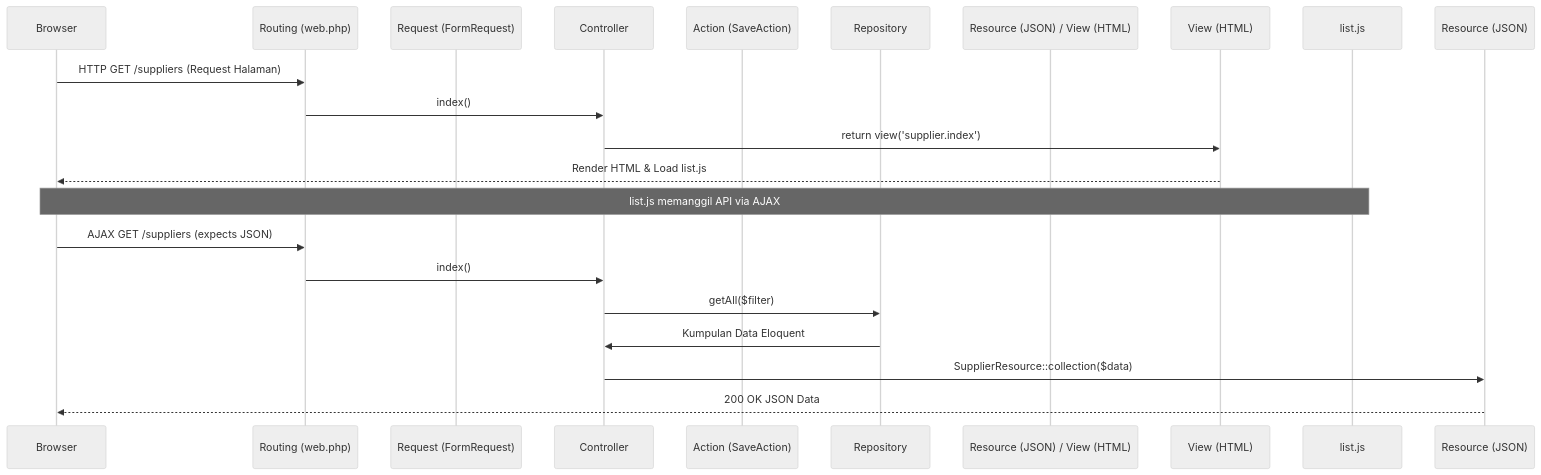
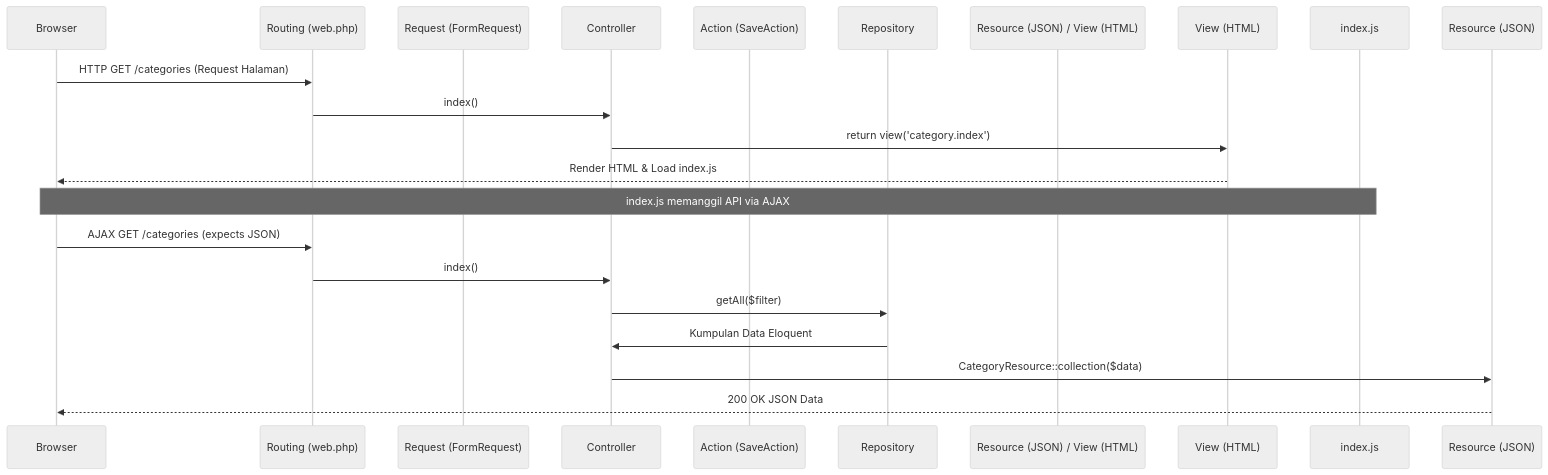
The diagram in .ai/project-architecture.md (RendyAFS/an-mastery-v3), drawn with Mermaid (neutral theme) before and after one commit. The commit also changed other lines of this file and 19 other files, not shown here.

Commit message:
docs: add comprehensive AI-assisted development guidelines and documentation for project architecture and components

````diff
--- a/.ai/project-architecture.md
+++ b/.ai/project-architecture.md
@@ -58,23 +58,23 @@
 ```mermaid
 sequenceDiagram
     participant Browser
     participant Routing (web.php)
     participant Request (FormRequest)
     participant Controller
     participant Action (SaveAction)
     participant Repository
     participant Resource (JSON) / View (HTML)
 
-    Browser->>Routing (web.php): HTTP GET /suppliers (Request Halaman)
+    Browser->>Routing (web.php): HTTP GET /categories (Request Halaman)
     Routing (web.php)->>Controller: index()
-    Controller->>View (HTML): return view('supplier.index')
-    View (HTML)-->>Browser: Render HTML & Load list.js
+    Controller->>View (HTML): return view('category.index')
+    View (HTML)-->>Browser: Render HTML & Load index.js
 
-    Note over Browser, list.js: list.js memanggil API via AJAX
-    Browser->>Routing (web.php): AJAX GET /suppliers (expects JSON)
+    Note over Browser, index.js: index.js memanggil API via AJAX
+    Browser->>Routing (web.php): AJAX GET /categories (expects JSON)
     Routing (web.php)->>Controller: index()
     Controller->>Repository: getAll($filter)
     Repository->>Controller: Kumpulan Data Eloquent
-    Controller->>Resource (JSON): SupplierResource::collection($data)
+    Controller->>Resource (JSON): CategoryResource::collection($data)
     Resource (JSON)-->>Browser: 200 OK JSON Data
 ```
````
